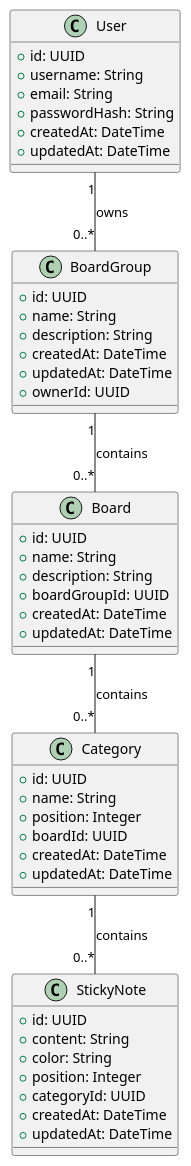
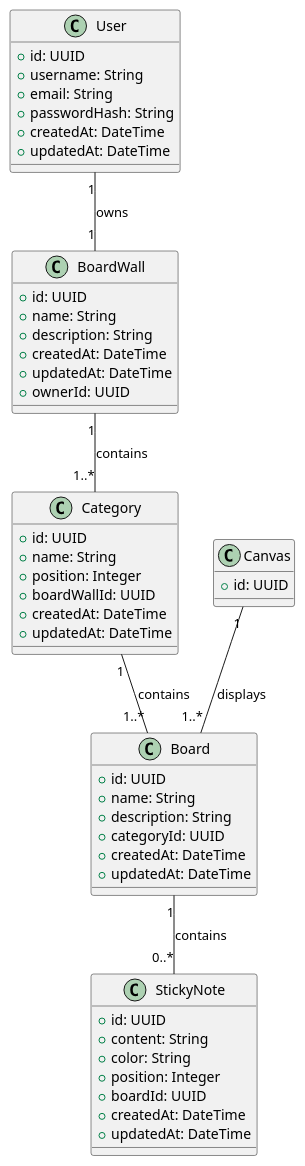
The diagram in design/backend-entities.puml (dashplaygrounds/boardwall), drawn with PlantUML before and after one commit. The commit also changed 39 other files, not shown here.

```diff
--- a/design/backend-entities.puml
+++ b/design/backend-entities.puml
@@ -1,60 +1,66 @@
 @startuml
 
 ' Define User entity
 class User {
     +id: UUID
     +username: String
     +email: String
     +passwordHash: String
     +createdAt: DateTime
     +updatedAt: DateTime
 }
 
-' Define BoardGroup entity
-class BoardGroup {
+' Define BoardWall entity
+class BoardWall {
     +id: UUID
     +name: String
     +description: String
     +createdAt: DateTime
     +updatedAt: DateTime
     +ownerId: UUID
 }
 
+' Define Column entity
+class Category {
+    +id: UUID
+    +name: String
+    +position: Integer
+    +boardWallId: UUID
+    +createdAt: DateTime
+    +updatedAt: DateTime
+}
+
 ' Define Board entity
 class Board {
     +id: UUID
     +name: String
     +description: String
-    +boardGroupId: UUID
-    +createdAt: DateTime
-    +updatedAt: DateTime
-}
-
-' Define Column entity
-class Category {
-    +id: UUID
-    +name: String
-    +position: Integer
-    +boardId: UUID
+    +categoryId: UUID
     +createdAt: DateTime
     +updatedAt: DateTime
 }
 
 ' Define StickyNote entity
 class StickyNote {
     +id: UUID
     +content: String
     +color: String
     +position: Integer
-    +categoryId: UUID
+    +boardId: UUID
     +createdAt: DateTime
     +updatedAt: DateTime
 }
 
+class Canvas {
+    +id: UUID
+}
+
 ' Define relationships
-User "1" -- "0..*" BoardGroup : owns
-BoardGroup "1" -- "0..*" Board : contains
-Board "1" -- "0..*" Category : contains
-Category "1" -- "0..*" StickyNote : contains
+User "1" -- "1" BoardWall : owns
+BoardWall "1" -- "1..*" Category : contains
+Category "1" -- "1..*" Board : contains
+Board "1" -- "0..*" StickyNote : contains
+
+Canvas "1" -- "1..*" Board : displays
 
 @enduml
```
